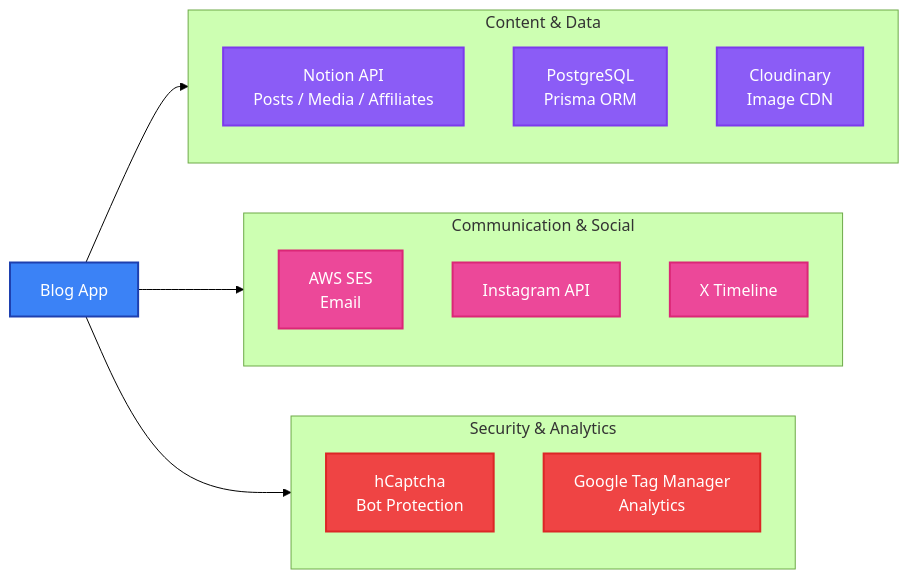
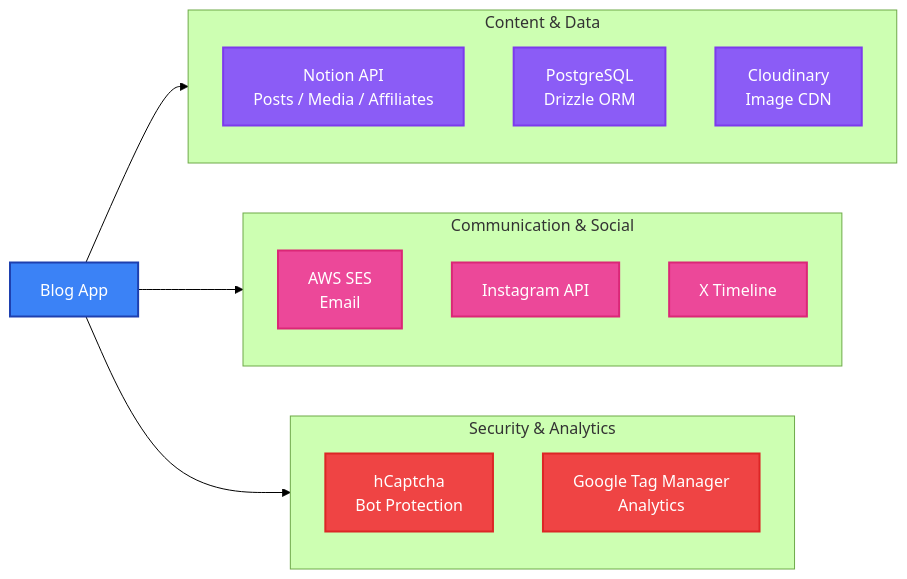
Before and after one commit to k2bg-technology/k2bg-branding: the third of 3 diagrams in apps/blog/README.md, drawn with Mermaid (forest theme). The commit also changed other lines of this file and 41 other files, not shown here.

````diff
--- a/apps/blog/README.md
+++ b/apps/blog/README.md
@@ -220,38 +220,38 @@
 ```mermaid
 flowchart LR
     BlogApp["Blog App"]
 
     subgraph content["Content & Data"]
         direction TB
         Notion["Notion API<br/>Posts / Media / Affiliates"]
-        PostgreSQL["PostgreSQL<br/>Prisma ORM"]
+        PostgreSQL["PostgreSQL<br/>Drizzle ORM"]
         Cloudinary["Cloudinary<br/>Image CDN"]
     end
 
     subgraph communication["Communication & Social"]
         direction TB
         SES["AWS SES<br/>Email"]
         Instagram["Instagram API"]
         Twitter["X Timeline"]
     end
 
     subgraph infra["Security & Analytics"]
         direction TB
         hCaptcha["hCaptcha<br/>Bot Protection"]
         GTM["Google Tag Manager<br/>Analytics"]
     end
 
     BlogApp --> content
     BlogApp --> communication
     BlogApp --> infra
 
     classDef appStyle fill:#3B82F6,stroke:#1E40AF,stroke-width:2px,color:#fff
     classDef contentStyle fill:#8B5CF6,stroke:#7C3AED,stroke-width:2px,color:#fff
     classDef commStyle fill:#EC4899,stroke:#DB2777,stroke-width:2px,color:#fff
     classDef infraStyle fill:#EF4444,stroke:#DC2626,stroke-width:2px,color:#fff
 
     class BlogApp appStyle
     class Notion,PostgreSQL,Cloudinary contentStyle
     class SES,Instagram,Twitter commStyle
     class hCaptcha,GTM infraStyle
 ```
````
